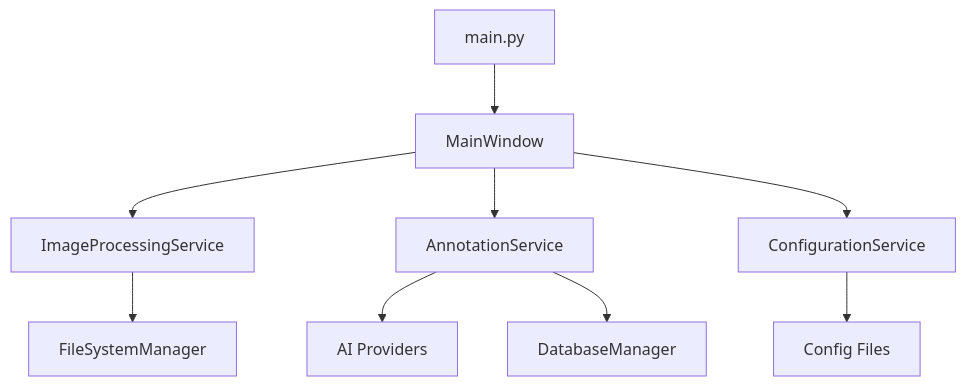
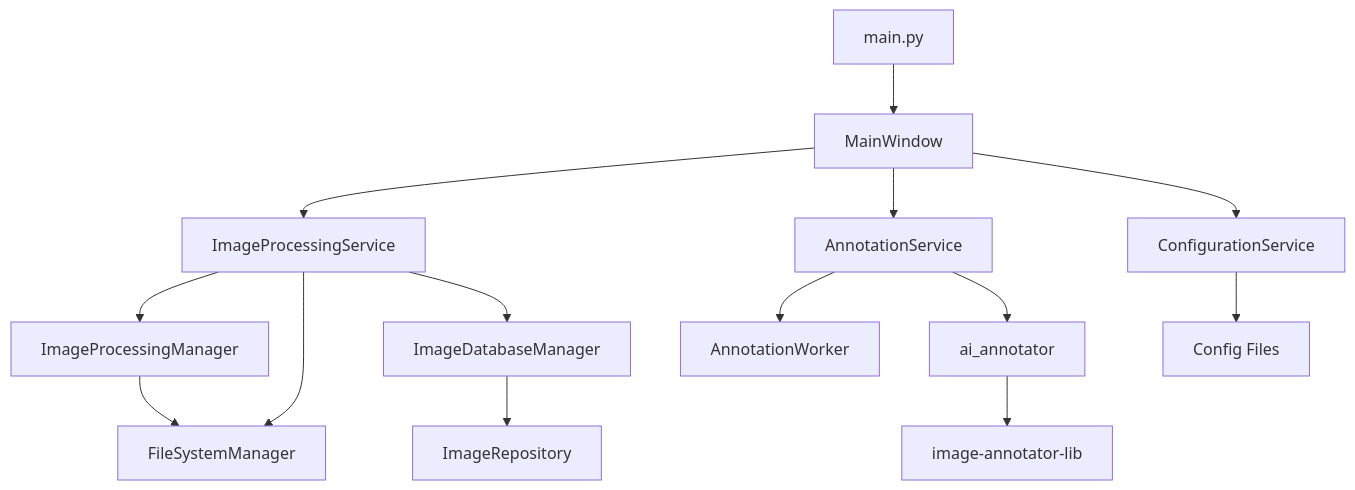
One commit to NEXTAltair/LoRAIro changed the first of 15 diagrams in docs/architecture.md. Above: the diagram before and after it, drawn with Mermaid. The commit also changed other lines of this file and 2 other files, not shown here.

First line of the commit message:
docs: Update implementation details to reflect current architecture

````diff
--- a/docs/architecture.md
+++ b/docs/architecture.md
@@ -30,11 +30,16 @@
 ```mermaid
 graph TD
     A[main.py] --> B[MainWindow]
     B --> C[ImageProcessingService]
     B --> D[AnnotationService]
     B --> E[ConfigurationService]
-    C --> F[FileSystemManager]
-    D --> G[AI Providers]
-    D --> H[DatabaseManager]
-    E --> I[Config Files]
+    C --> F[ImageProcessingManager]
+    C --> G[FileSystemManager]
+    C --> H[ImageDatabaseManager]
+    D --> I[AnnotationWorker]
+    D --> J[ai_annotator]
+    J --> K[image-annotator-lib]
+    E --> L[Config Files]
+    F --> G
+    H --> M[ImageRepository]
 ```
````
